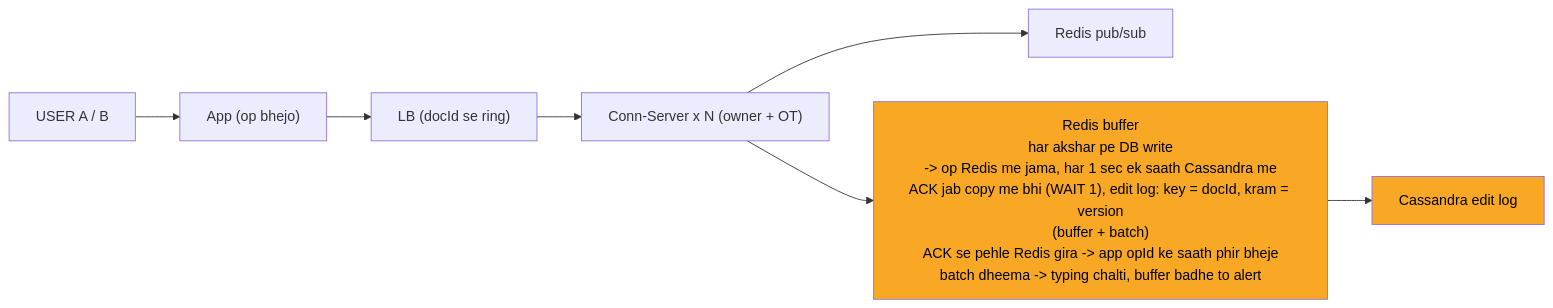
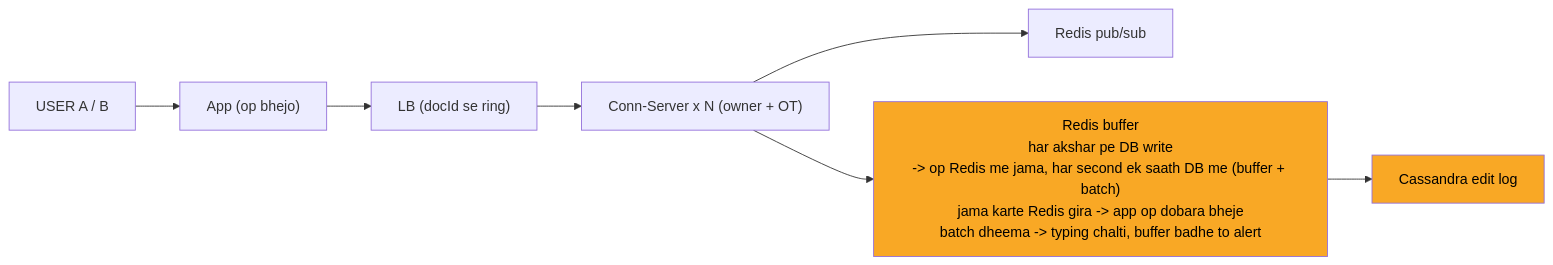
Before and after one commit to ArpanMaheshwari144/Prep: the diagram in 04_HLD/SYSTEM_DESIGNS/11_google_docs_collab/img/c6.mmd, drawn with Mermaid. The commit also changed 36 other files, not shown here.

```diff
--- a/04_HLD/SYSTEM_DESIGNS/11_google_docs_collab/img/c6.mmd
+++ b/04_HLD/SYSTEM_DESIGNS/11_google_docs_collab/img/c6.mmd
@@ -1,17 +1,17 @@
 %%{init: {"flowchart": {"wrappingWidth": 450}}}%%
 flowchart LR
     n_USER["USER A / B"]
     n_App["App (op bhejo)"]
     n_LB["LB (docId se ring)"]
     n_Conn_Server_xN["Conn-Server x N (owner + OT)"]
     n_PS["Redis pub/sub"]
-    n_BUF["Redis buffer<br/>har akshar pe DB write<br/>-> op Redis me jama, har 1 sec ek saath Cassandra me<br/>ACK jab copy me bhi (WAIT 1), edit log: key = docId, kram = version<br/>(buffer + batch)<br/>ACK se pehle Redis gira -> app opId ke saath phir bheje<br/>batch dheema -> typing chalti, buffer badhe to alert"]
+    n_BUF["Redis buffer<br/>har akshar pe DB write<br/>-> op Redis me jama, har second ek saath DB me (buffer + batch)<br/>jama karte Redis gira -> app op dobara bheje<br/>batch dheema -> typing chalti, buffer badhe to alert"]
     n_CAS["Cassandra edit log"]
     n_USER --> n_App
     n_App --> n_LB
     n_LB --> n_Conn_Server_xN
     n_Conn_Server_xN --> n_PS
     n_Conn_Server_xN --> n_BUF
     n_BUF --> n_CAS
     style n_BUF fill:#f9a825,color:#000
     style n_CAS fill:#f9a825,color:#000
```
